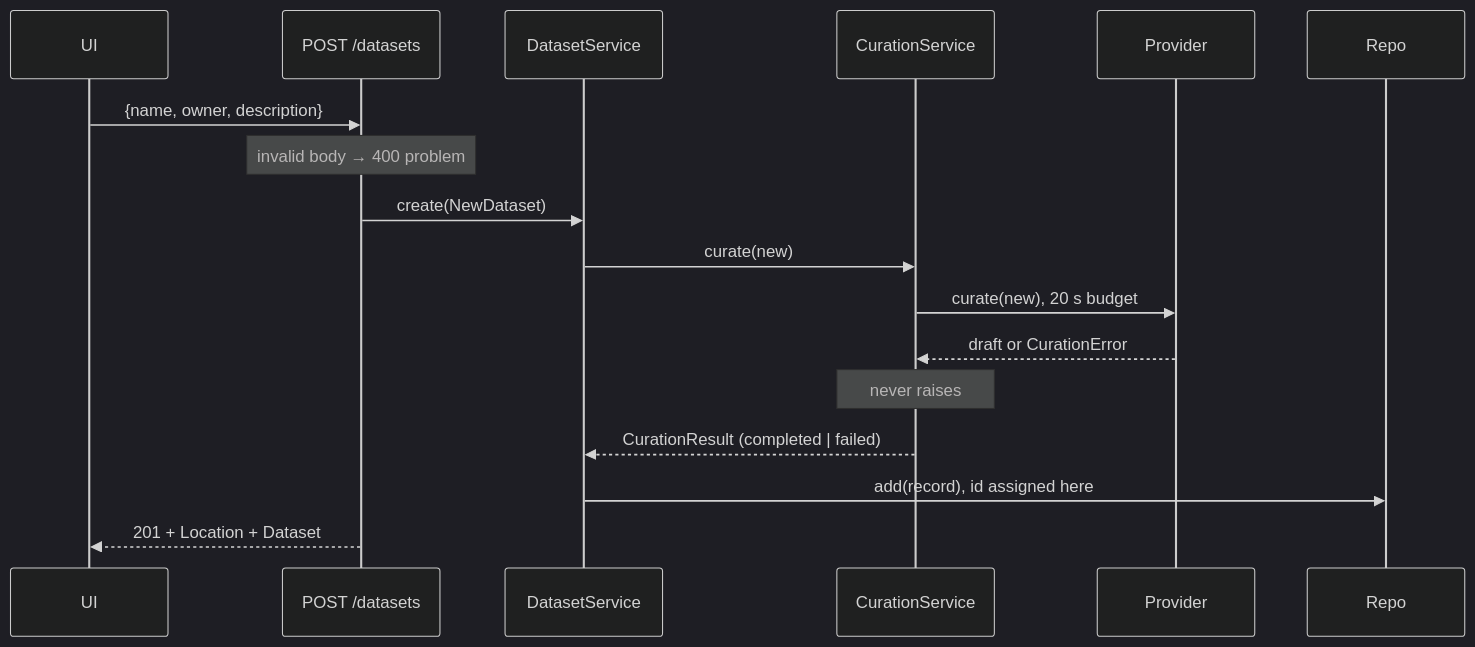
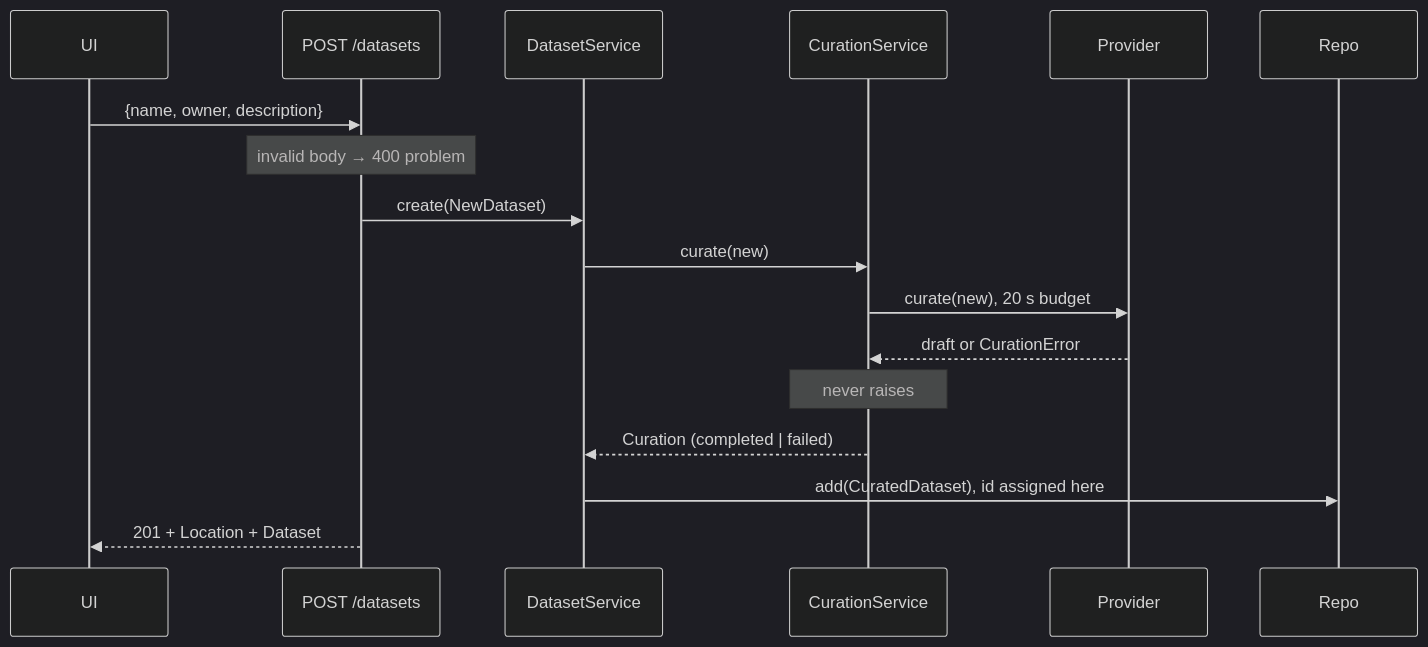
The second of 2 diagrams in docs/architecture.md (Umar--Khan/data-cat-app), drawn with Mermaid (dark theme) before and after one commit. The commit also changed other lines of this file and 28 other files, not shown here.

````diff
--- a/docs/architecture.md
+++ b/docs/architecture.md
@@ -24,19 +24,19 @@
 ```mermaid
 sequenceDiagram
   participant UI
   participant Route as POST /datasets
   participant DS as DatasetService
   participant CS as CurationService
   participant P as Provider
   participant Repo
   UI->>Route: {name, owner, description}
   Note over Route: invalid body → 400 problem
   Route->>DS: create(NewDataset)
   DS->>CS: curate(new)
   CS->>P: curate(new), 20 s budget
   P-->>CS: draft or CurationError
   Note over CS: never raises
-  CS-->>DS: CurationResult (completed | failed)
-  DS->>Repo: add(record), id assigned here
+  CS-->>DS: Curation (completed | failed)
+  DS->>Repo: add(CuratedDataset), id assigned here
   Route-->>UI: 201 + Location + Dataset
 ```
````
